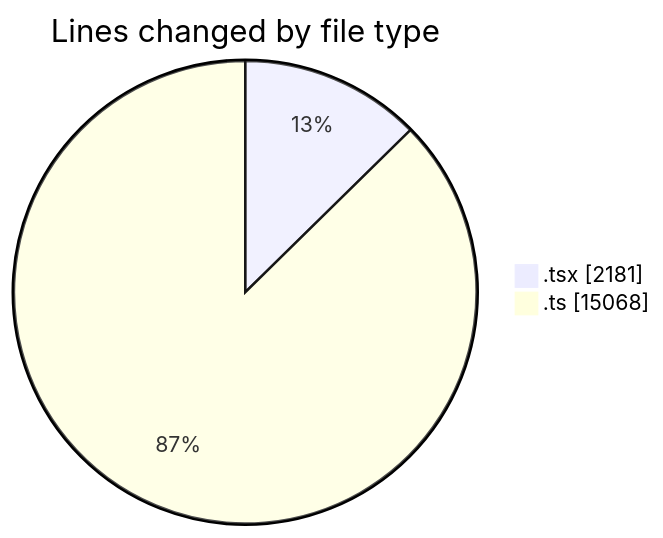
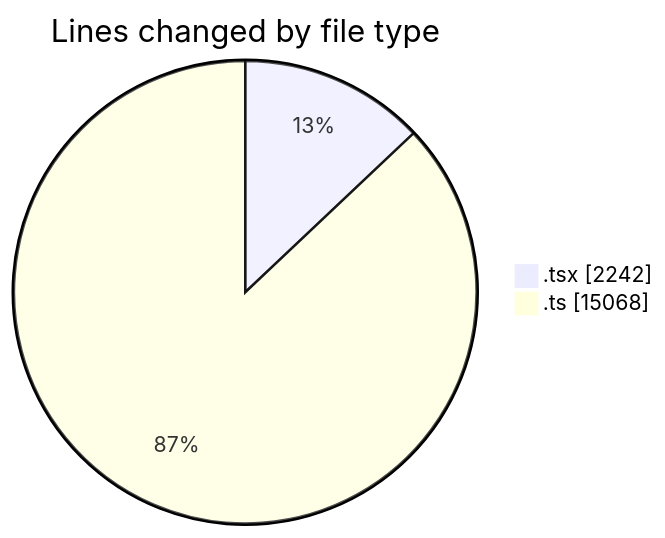
Before and after one commit to momahboobian/code-tracking: the first of 2 diagrams in 2025-09-22/cda/README.md, drawn with Mermaid. The commit also changed other lines of this file and 1 other file, not shown here.

````diff
--- a/2025-09-22/cda/README.md
+++ b/2025-09-22/cda/README.md
@@ -29,6 +30,6 @@
 ```mermaid
 pie showData
 title Lines changed by file type
-".tsx" : 2181
+".tsx" : 2242
 ".ts" : 15068
 ```
````
